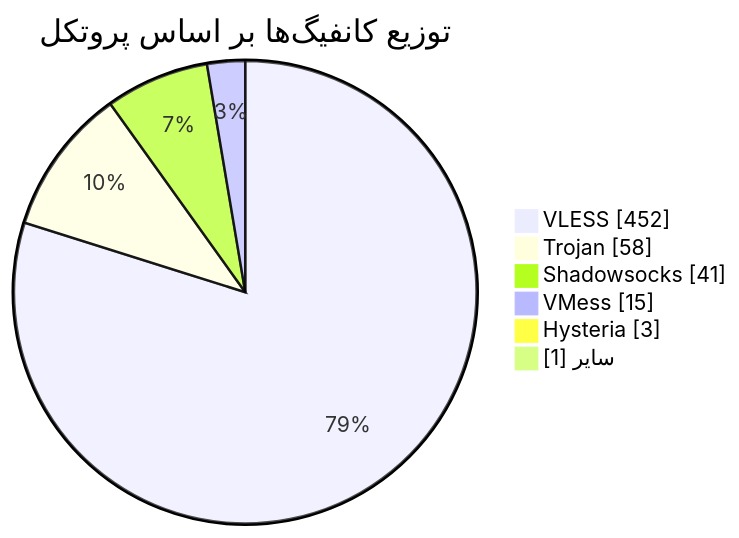
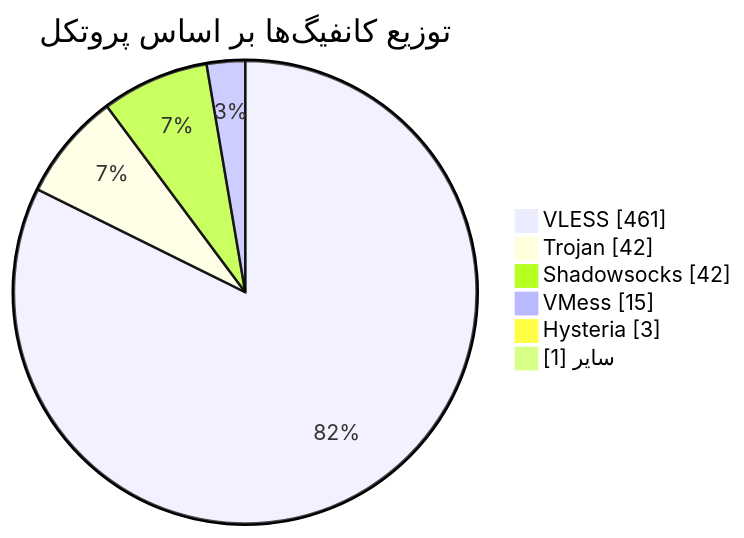
The diagram in README.md (Arian-Alijani/Somthing), drawn with Mermaid before and after one commit. The commit also changed other lines of this file and 85 other files, not shown here.

````diff
--- a/README.md
+++ b/README.md
@@ -48,10 +48,10 @@
 ```mermaid
 pie showData
     title توزیع کانفیگ‌ها بر اساس پروتکل
-    "VLESS" : 452
-    "Trojan" : 58
-    "Shadowsocks" : 41
+    "VLESS" : 461
+    "Trojan" : 42
+    "Shadowsocks" : 42
     "VMess" : 15
     "Hysteria" : 3
     "سایر" : 1
 ```
````
